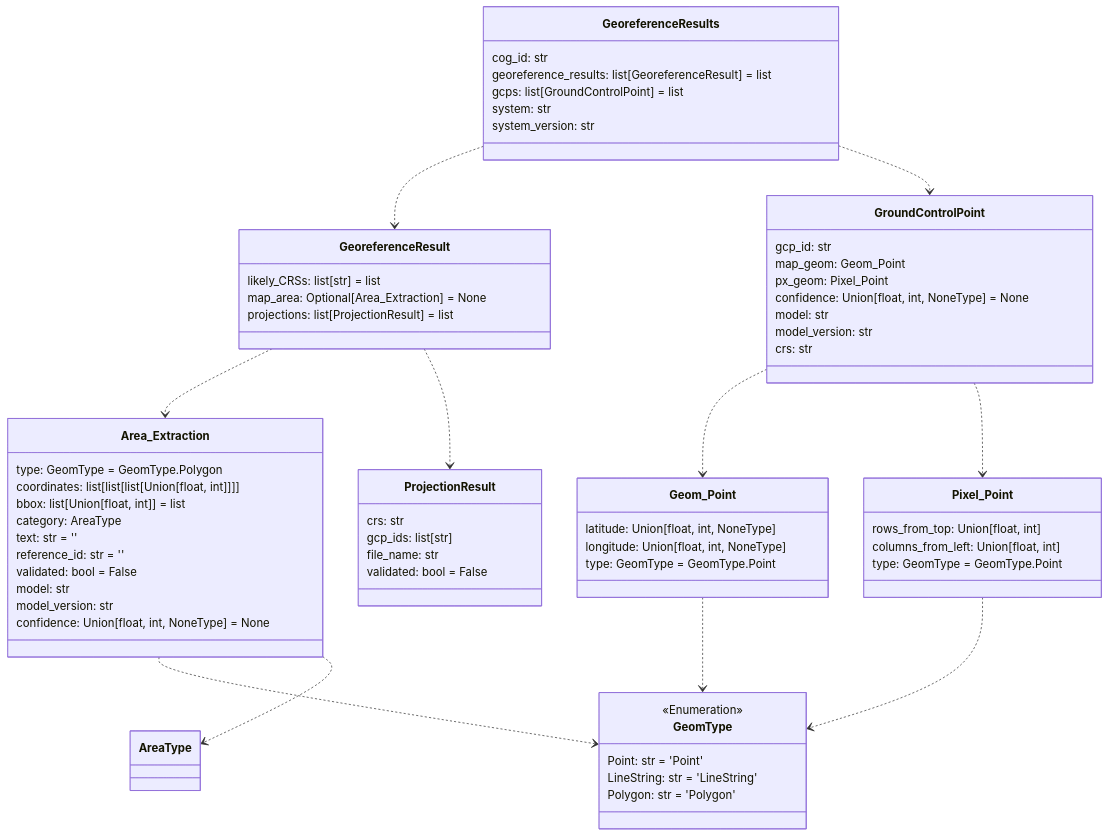
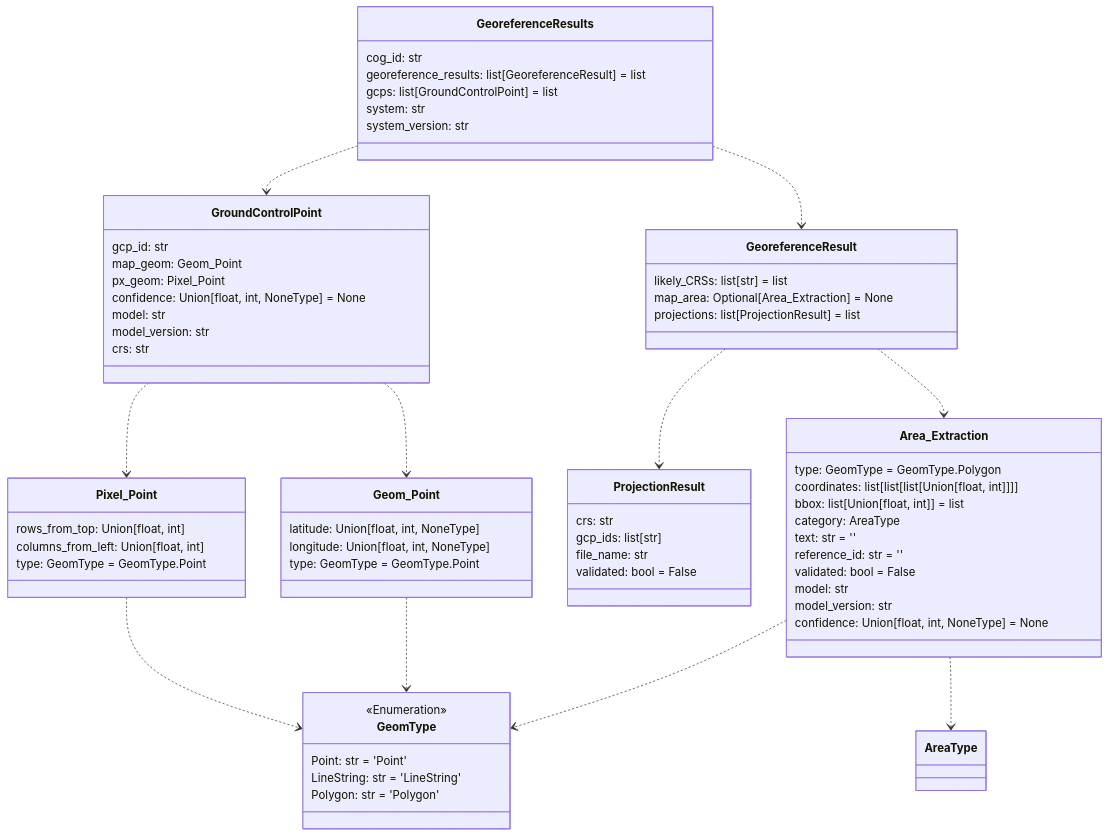
Before and after one commit to DARPA-CRITICALMAAS/cdr_schemas: the second of 14 diagrams in README.md, drawn with Mermaid. The commit also changed other lines of this file and 1 other file, not shown here.

````diff
--- a/README.md
+++ b/README.md
@@ -117,79 +117,79 @@
 ```mermaid
 classDiagram
 
-    class ProjectionResult {
-        crs: str
-        gcp_ids: list[str]
-        file_name: str
-        validated: bool = False
+    class Pixel_Point {
+        rows_from_top: Union[float, int]
+        columns_from_left: Union[float, int]
+        type: GeomType = GeomType.Point
+    }
+
+    class GeoreferenceResults {
+        cog_id: str
+        georeference_results: list[GeoreferenceResult] = list
+        gcps: list[GroundControlPoint] = list
+        system: str
+        system_version: str
     }
 
     class GeomType {
         <<Enumeration>>
         Point: str = 'Point'
         LineString: str = 'LineString'
         Polygon: str = 'Polygon'
+    }
+
+    class GeoreferenceResult {
+        likely_CRSs: list[str] = list
+        map_area: Optional[Area_Extraction] = None
+        projections: list[ProjectionResult] = list
+    }
+
+    class Geom_Point {
+        latitude: Union[float, int, NoneType]
+        longitude: Union[float, int, NoneType]
+        type: GeomType = GeomType.Point
     }
 
     class GroundControlPoint {
         gcp_id: str
         map_geom: Geom_Point
         px_geom: Pixel_Point
         confidence: Union[float, int, NoneType] = None
         model: str
         model_version: str
         crs: str
     }
 
-    class Geom_Point {
-        latitude: Union[float, int, NoneType]
-        longitude: Union[float, int, NoneType]
-        type: GeomType = GeomType.Point
+    class ProjectionResult {
+        crs: str
+        gcp_ids: list[str]
+        file_name: str
+        validated: bool = False
     }
 
     class Area_Extraction {
         type: GeomType = GeomType.Polygon
         coordinates: list[list[list[Union[float, int]]]]
         bbox: list[Union[float, int]] = list
         category: AreaType
         text: str = ''
         reference_id: str = ''
         validated: bool = False
         model: str
         model_version: str
         confidence: Union[float, int, NoneType] = None
     }
 
-    class Pixel_Point {
-        rows_from_top: Union[float, int]
-        columns_from_left: Union[float, int]
-        type: GeomType = GeomType.Point
-    }
-
-    class GeoreferenceResult {
-        likely_CRSs: list[str] = list
-        map_area: Optional[Area_Extraction] = None
-        projections: list[ProjectionResult] = list
-    }
-
-    class GeoreferenceResults {
-        cog_id: str
-        georeference_results: list[GeoreferenceResult] = list
-        gcps: list[GroundControlPoint] = list
-        system: str
-        system_version: str
-    }
-
+    Area_Extraction ..> AreaType
     Area_Extraction ..> GeomType
-    Area_Extraction ..> AreaType
     Geom_Point ..> GeomType
     Pixel_Point ..> GeomType
+    GroundControlPoint ..> Pixel_Point
     GroundControlPoint ..> Geom_Point
-    GroundControlPoint ..> Pixel_Point
     GeoreferenceResult ..> Area_Extraction
     GeoreferenceResult ..> ProjectionResult
+    GeoreferenceResults ..> GroundControlPoint
     GeoreferenceResults ..> GeoreferenceResult
-    GeoreferenceResults ..> GroundControlPoint
 
 
 ```
````
